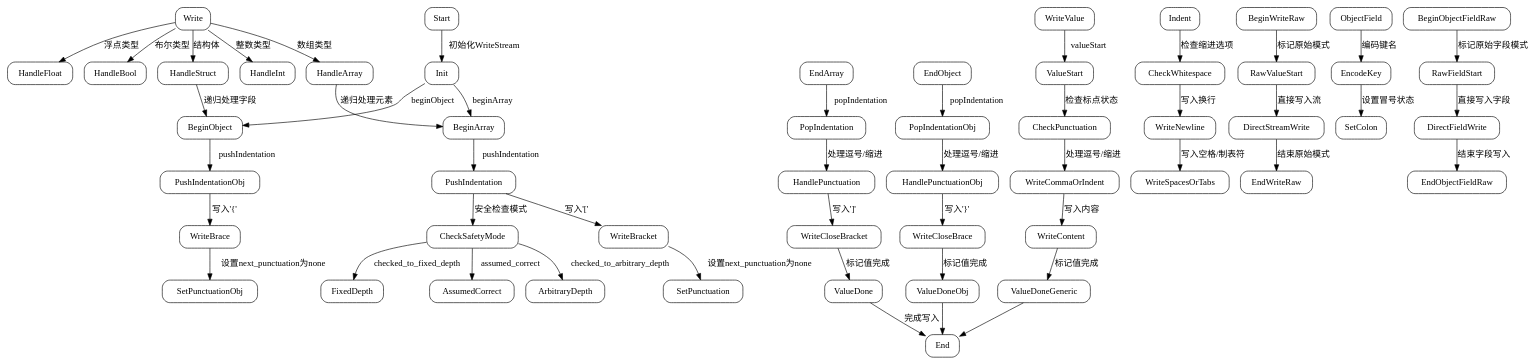
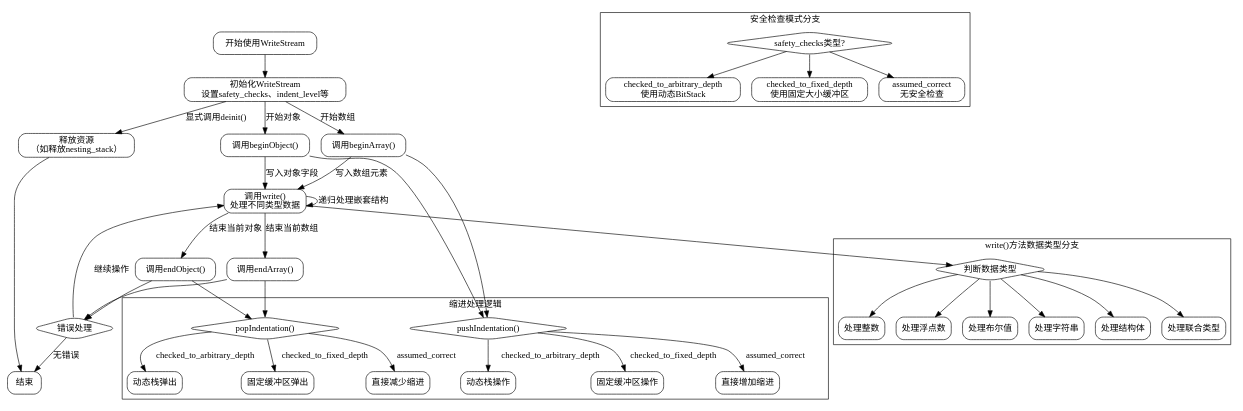
One commit to sdzx-1/deepseek-zig-reader changed the diagram in dot_std/json/stringify.zig.WriteStream.md. Above: the diagram before and after it, drawn with Graphviz. The commit also changed other lines of this file and 236 other files, not shown here.

````diff
--- a/dot_std/json/stringify.zig.WriteStream.md
+++ b/dot_std/json/stringify.zig.WriteStream.md
@@ -21,76 +17,90 @@
-```dot
-digraph WriteStream {
-    rankdir=TB;
+```graphviz
+digraph WriteStreamFlow {
     node [shape=rectangle, style=rounded];
+    edge [color=black];
 
-    // 初始化
-    Start -> Init [label="初始化WriteStream"];
-    Init -> BeginArray [label="beginArray"];
-    Init -> BeginObject [label="beginObject"];
-    
-    // 数组操作
-    BeginArray -> PushIndentation [label="pushIndentation"];
-    PushIndentation -> WriteBracket [label="写入'['"];
-    WriteBracket -> SetPunctuation [label="设置next_punctuation为none"];
-    
-    // 对象操作
-    BeginObject -> PushIndentationObj [label="pushIndentation"];
-    PushIndentationObj -> WriteBrace [label="写入'{'"];
-    WriteBrace -> SetPunctuationObj [label="设置next_punctuation为none"];
-    
-    // 结束结构
-    EndArray -> PopIndentation [label="popIndentation"];
-    PopIndentation -> HandlePunctuation [label="处理逗号/缩进"];
-    HandlePunctuation -> WriteCloseBracket [label="写入']'"];
-    WriteCloseBracket -> ValueDone [label="标记值完成"];
-    
-    EndObject -> PopIndentationObj [label="popIndentation"];
-    PopIndentationObj -> HandlePunctuationObj [label="处理逗号/缩进"];
-    HandlePunctuationObj -> WriteCloseBrace [label="写入'}'"];
-    WriteCloseBrace -> ValueDoneObj [label="标记值完成"];
-    
-    // 通用流程
-    WriteValue -> ValueStart [label="valueStart"];
-    ValueStart -> CheckPunctuation [label="检查标点状态"];
-    CheckPunctuation -> WriteCommaOrIndent [label="处理逗号/缩进"];
-    WriteCommaOrIndent -> WriteContent [label="写入内容"];
-    WriteContent -> ValueDoneGeneric [label="标记值完成"];
-    
-    // 类型处理分支
-    Write -> HandleInt [label="整数类型"];
-    Write -> HandleFloat [label="浮点类型"];
-    Write -> HandleBool [label="布尔类型"];
-    Write -> HandleStruct [label="结构体"];
-    Write -> HandleArray [label="数组类型"];
-    HandleStruct -> BeginObject [label="递归处理字段"];
-    HandleArray -> BeginArray [label="递归处理元素"];
-    
-    // 安全模式分支
-    PushIndentation -> CheckSafetyMode [label="安全检查模式"];
-    CheckSafetyMode -> ArbitraryDepth [label="checked_to_arbitrary_depth"];
-    CheckSafetyMode -> FixedDepth [label="checked_to_fixed_depth"];
-    CheckSafetyMode -> AssumedCorrect [label="assumed_correct"];
-    
-    // 缩进逻辑
-    Indent -> CheckWhitespace [label="检查缩进选项"];
-    CheckWhitespace -> WriteNewline [label="写入换行"];
-    WriteNewline -> WriteSpacesOrTabs [label="写入空格/制表符"];
-    
-    // 原始写入模式
-    BeginWriteRaw -> RawValueStart [label="标记原始模式"];
-    RawValueStart -> DirectStreamWrite [label="直接写入流"];
-    DirectStreamWrite -> EndWriteRaw [label="结束原始模式"];
-    
-    // 对象字段处理
-    ObjectField -> EncodeKey [label="编码键名"];
-    EncodeKey -> SetColon [label="设置冒号状态"];
-    BeginObjectFieldRaw -> RawFieldStart [label="标记原始字段模式"];
-    RawFieldStart -> DirectFieldWrite [label="直接写入字段"];
-    DirectFieldWrite -> EndObjectFieldRaw [label="结束字段写入"];
-    
-    // 递归结束点
-    ValueDone -> End [label="完成写入"];
-    ValueDoneObj -> End;
-    ValueDoneGeneric -> End;
+    start [label="开始使用WriteStream"];
+    init [label="初始化WriteStream\n设置safety_checks、indent_level等"];
+    begin_array [label="调用beginArray()"];
+    begin_object [label="调用beginObject()"];
+    write_value [label="调用write()\n处理不同类型数据"];
+    end_array [label="调用endArray()"];
+    end_object [label="调用endObject()"];
+    deinit [label="释放资源\n（如释放nesting_stack）"];
+    error_handling [label="错误处理", shape=diamond];
+    end [label="结束"];
+
+    // 主流程
+    start -> init;
+    init -> begin_array [label="开始数组"];
+    init -> begin_object [label="开始对象"];
+    begin_array -> write_value [label="写入数组元素"];
+    begin_object -> write_value [label="写入对象字段"];
+    write_value -> write_value [label="递归处理嵌套结构"];
+    write_value -> end_array [label="结束当前数组"];
+    write_value -> end_object [label="结束当前对象"];
+    end_array -> error_handling;
+    end_object -> error_handling;
+    error_handling -> end [label="无错误"];
+    error_handling -> write_value [label="继续操作"];
+    init -> deinit [label="显式调用deinit()"];
+    deinit -> end;
+
+    // 条件分支
+    subgraph cluster_safety_checks {
+        label="安全检查模式分支";
+        safety_check [label="safety_checks类型?", shape=diamond];
+        checked_arbitrary [label="checked_to_arbitrary_depth\n使用动态BitStack"];
+        checked_fixed [label="checked_to_fixed_depth\n使用固定大小缓冲区"];
+        assumed [label="assumed_correct\n无安全检查"];
+        safety_check -> checked_arbitrary;
+        safety_check -> checked_fixed;
+        safety_check -> assumed;
+    }
+
+    // 缩进处理分支
+    subgraph cluster_indent {
+        label="缩进处理逻辑";
+        push_indent [label="pushIndentation()", shape=diamond];
+        pop_indent [label="popIndentation()", shape=diamond];
+        push_arbitrary [label="动态栈操作"];
+        push_fixed [label="固定缓冲区操作"];
+        push_assumed [label="直接增加缩进"];
+        pop_arbitrary [label="动态栈弹出"];
+        pop_fixed [label="固定缓冲区弹出"];
+        pop_assumed [label="直接减少缩进"];
+        push_indent -> push_arbitrary [label="checked_to_arbitrary_depth"];
+        push_indent -> push_fixed [label="checked_to_fixed_depth"];
+        push_indent -> push_assumed [label="assumed_correct"];
+        pop_indent -> pop_arbitrary [label="checked_to_arbitrary_depth"];
+        pop_indent -> pop_fixed [label="checked_to_fixed_depth"];
+        pop_indent -> pop_assumed [label="assumed_correct"];
+    }
+
+    // 连接缩进分支到主流程
+    begin_array -> push_indent;
+    begin_object -> push_indent;
+    end_array -> pop_indent;
+    end_object -> pop_indent;
+
+    // 数据类型处理分支
+    subgraph cluster_write_types {
+        label="write()方法数据类型分支";
+        check_type [label="判断数据类型", shape=diamond];
+        handle_int [label="处理整数"];
+        handle_float [label="处理浮点数"];
+        handle_bool [label="处理布尔值"];
+        handle_string [label="处理字符串"];
+        handle_struct [label="处理结构体"];
+        handle_union [label="处理联合类型"];
+        check_type -> handle_int;
+        check_type -> handle_float;
+        check_type -> handle_bool;
+        check_type -> handle_string;
+        check_type -> handle_struct;
+        check_type -> handle_union;
+    }
+
+    write_value -> check_type;
 }
 ```
````
